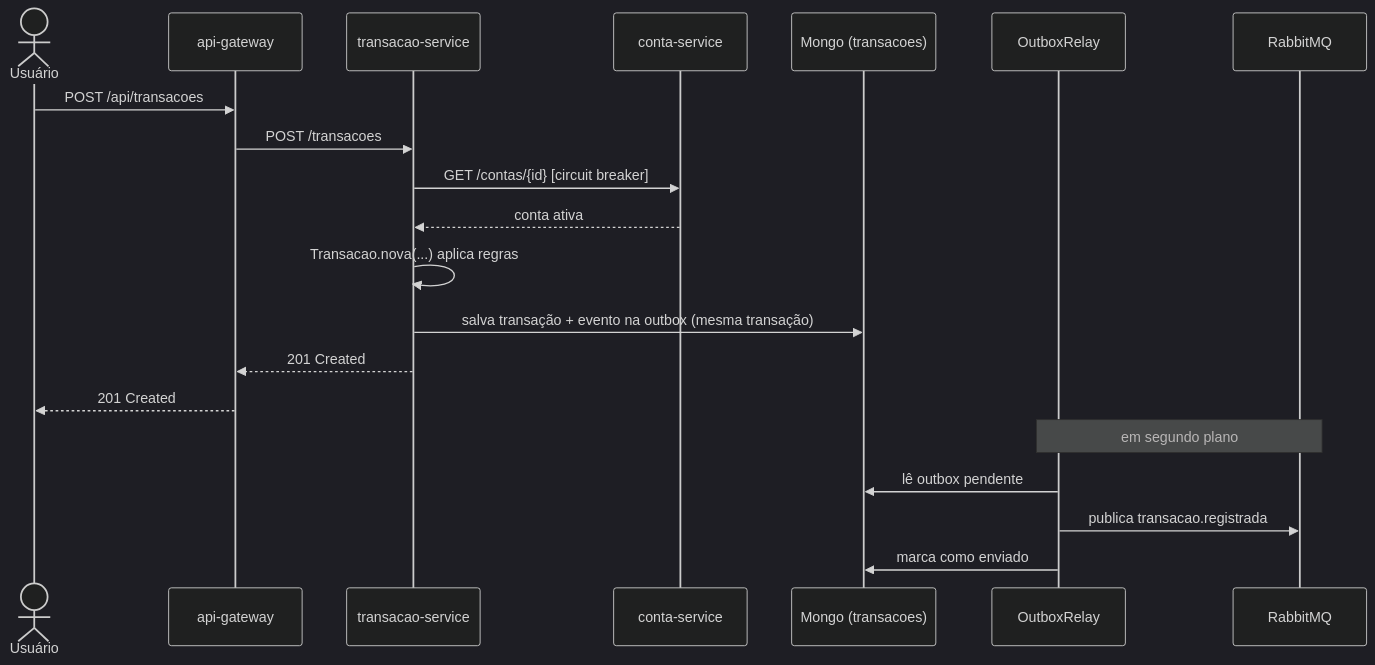
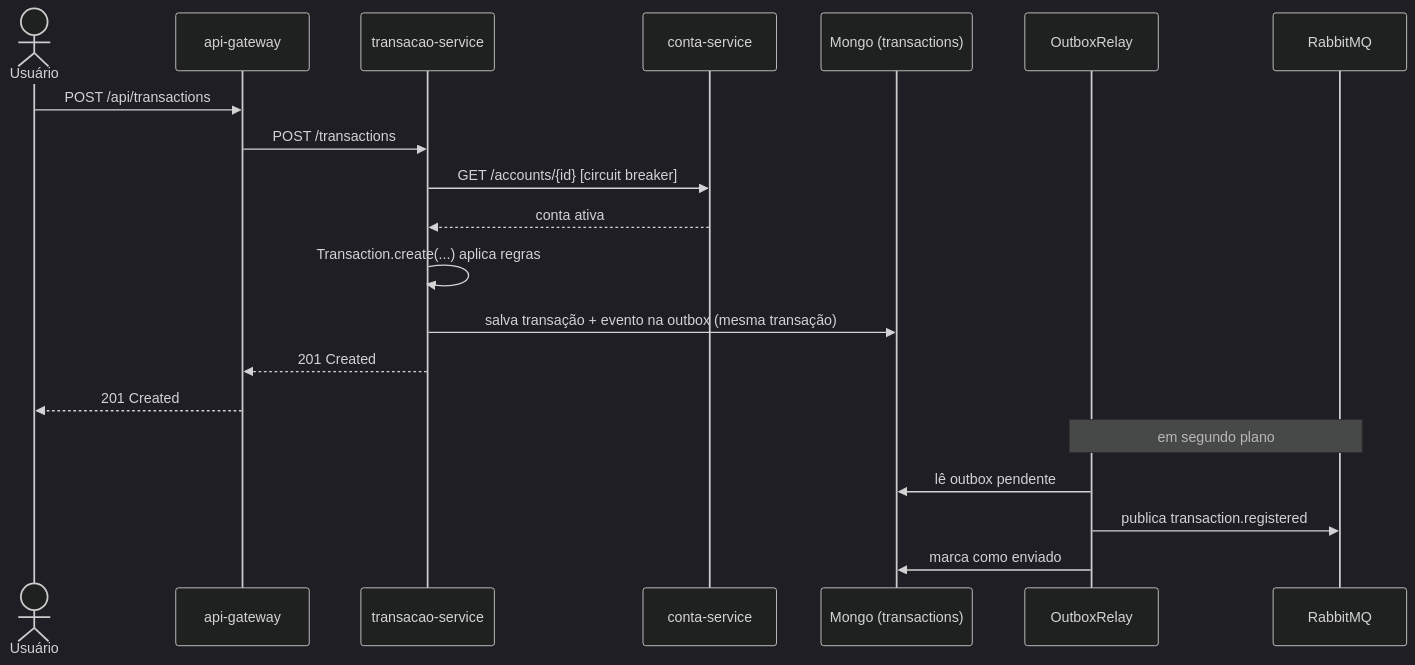
The second of 9 diagrams in docs/fluxos.md (DiiOliiver/finance-api), drawn with Mermaid (dark theme) before and after one commit. The commit also changed other lines of this file and 13 other files, not shown here.

````diff
--- a/docs/fluxos.md
+++ b/docs/fluxos.md
@@ -45,24 +45,24 @@
 ```mermaid
 sequenceDiagram
     actor U as Usuário
     participant GW as api-gateway
     participant TS as transacao-service
     participant CS as conta-service
-    participant DB as Mongo (transacoes)
+    participant DB as Mongo (transactions)
     participant OR as OutboxRelay
     participant MQ as RabbitMQ
 
-    U->>GW: POST /api/transacoes
-    GW->>TS: POST /transacoes
-    TS->>CS: GET /contas/{id}  [circuit breaker]
+    U->>GW: POST /api/transactions
+    GW->>TS: POST /transactions
+    TS->>CS: GET /accounts/{id} [circuit breaker]
     CS-->>TS: conta ativa
-    TS->>TS: Transacao.nova(...) aplica regras
+    TS->>TS: Transaction.create(...) aplica regras
     TS->>DB: salva transação + evento na outbox (mesma transação)
     TS-->>GW: 201 Created
     GW-->>U: 201 Created
 
     Note over OR,MQ: em segundo plano
     OR->>DB: lê outbox pendente
-    OR->>MQ: publica transacao.registrada
+    OR->>MQ: publica transaction.registered
     OR->>DB: marca como enviado
 ```
````
